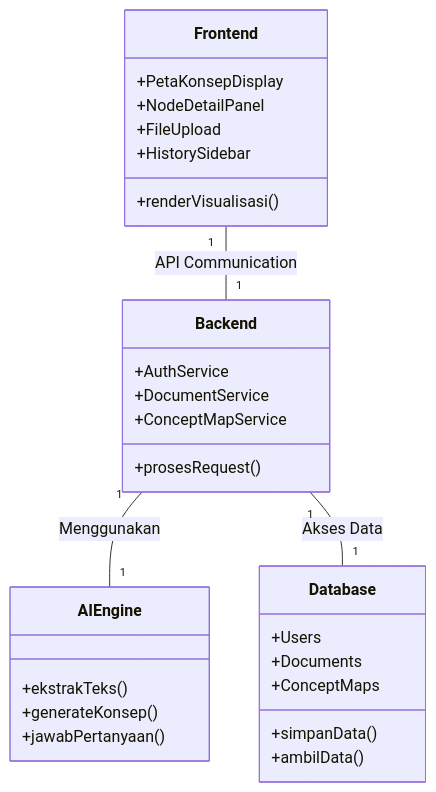
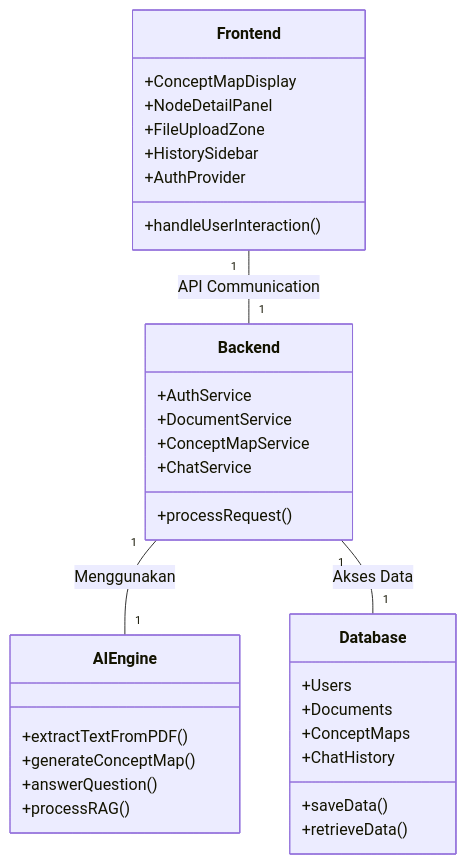
The second of 4 diagrams in GRAPH.md (edu-rag/vizmind-ai), drawn with Mermaid before and after one commit. The commit also changed other lines of this file, not shown here.

Commit message:
docs: enhance graph docs

````diff
--- a/GRAPH.md
+++ b/GRAPH.md
@@ -39,35 +39,39 @@
 ```mermaid
 classDiagram
     class Frontend {
-        +PetaKonsepDisplay
+        +ConceptMapDisplay
         +NodeDetailPanel
-        +FileUpload
+        +FileUploadZone
         +HistorySidebar
-        +renderVisualisasi()
+        +AuthProvider
+        +handleUserInteraction()
     }
 
     class Backend {
         +AuthService
         +DocumentService
         +ConceptMapService
-        +prosesRequest()
+        +ChatService
+        +processRequest()
     }
 
     class AIEngine {
-        +ekstrakTeks()
-        +generateKonsep()
-        +jawabPertanyaan()
+        +extractTextFromPDF()
+        +generateConceptMap()
+        +answerQuestion()
+        +processRAG()
     }
 
     class Database {
         +Users
         +Documents
         +ConceptMaps
-        +simpanData()
-        +ambilData()
+        +ChatHistory
+        +saveData()
+        +retrieveData()
     }
 
     Frontend "1" -- "1" Backend : API Communication
     Backend "1" -- "1" AIEngine : Menggunakan
     Backend "1" -- "1" Database : Akses Data
 ```
````
